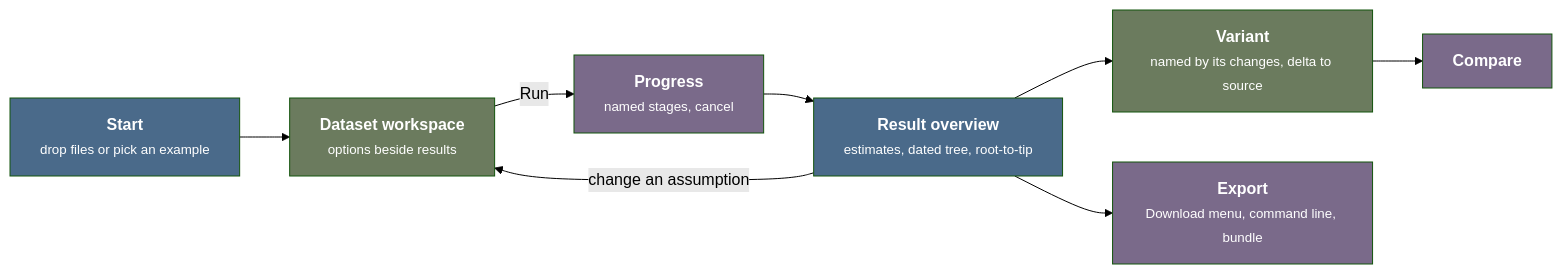
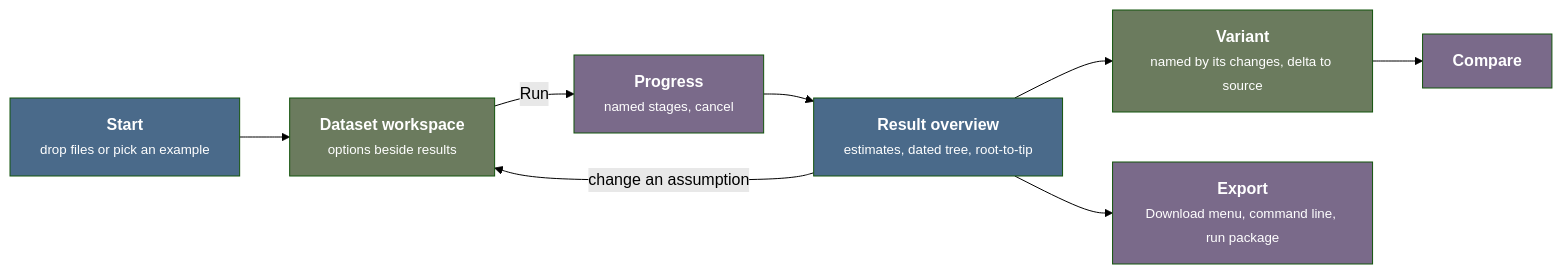
The diagram in kb/reports/2026-11-12-app-ui-redesign-and-web2-audit.md (neherlab/treetime), drawn with Mermaid (forest theme) before and after one commit. The commit also changed other lines of this file, not shown here.

````diff
--- a/kb/reports/2026-11-12-app-ui-redesign-and-web2-audit.md
+++ b/kb/reports/2026-11-12-app-ui-redesign-and-web2-audit.md
@@ -147,17 +148,17 @@
 ```mermaid
 flowchart LR
   S["<b>Start</b><br/><small>drop files or pick an example</small>"] --> W["<b>Dataset workspace</b><br/><small>options beside results</small>"]
   W -->|Run| P["<b>Progress</b><br/><small>named stages, cancel</small>"]
   P --> O["<b>Result overview</b><br/><small>estimates, dated tree, root-to-tip</small>"]
   O -->|change an assumption| W
   O --> V["<b>Variant</b><br/><small>named by its changes, delta to source</small>"]
   V --> C["<b>Compare</b>"]
-  O --> X["<b>Export</b><br/><small>Download menu, command line, bundle</small>"]
+  O --> X["<b>Export</b><br/><small>Download menu, command line, run package</small>"]
   style S fill:#4a6a8a,color:#fff
   style W fill:#6b7b5e,color:#fff
   style P fill:#7a6a8a,color:#fff
   style O fill:#4a6a8a,color:#fff
   style V fill:#6b7b5e,color:#fff
   style C fill:#7a6a8a,color:#fff
   style X fill:#7a6a8a,color:#fff
 ```
````
